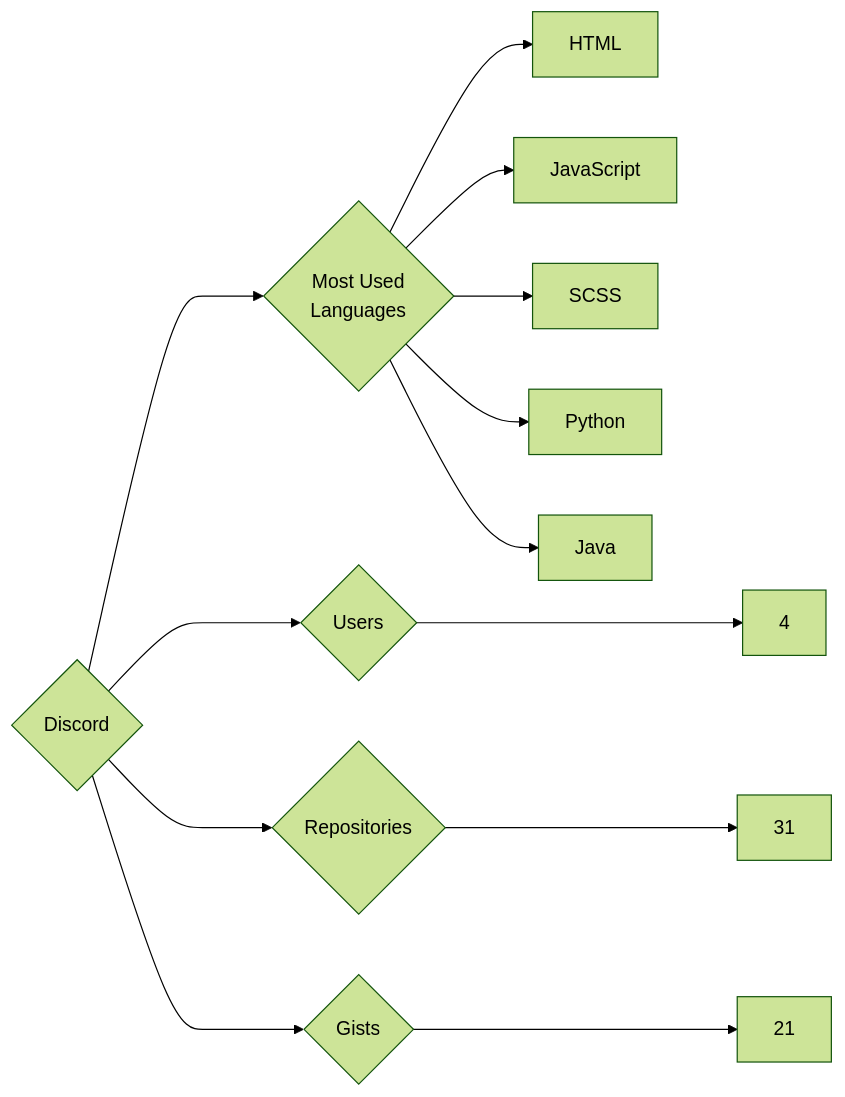
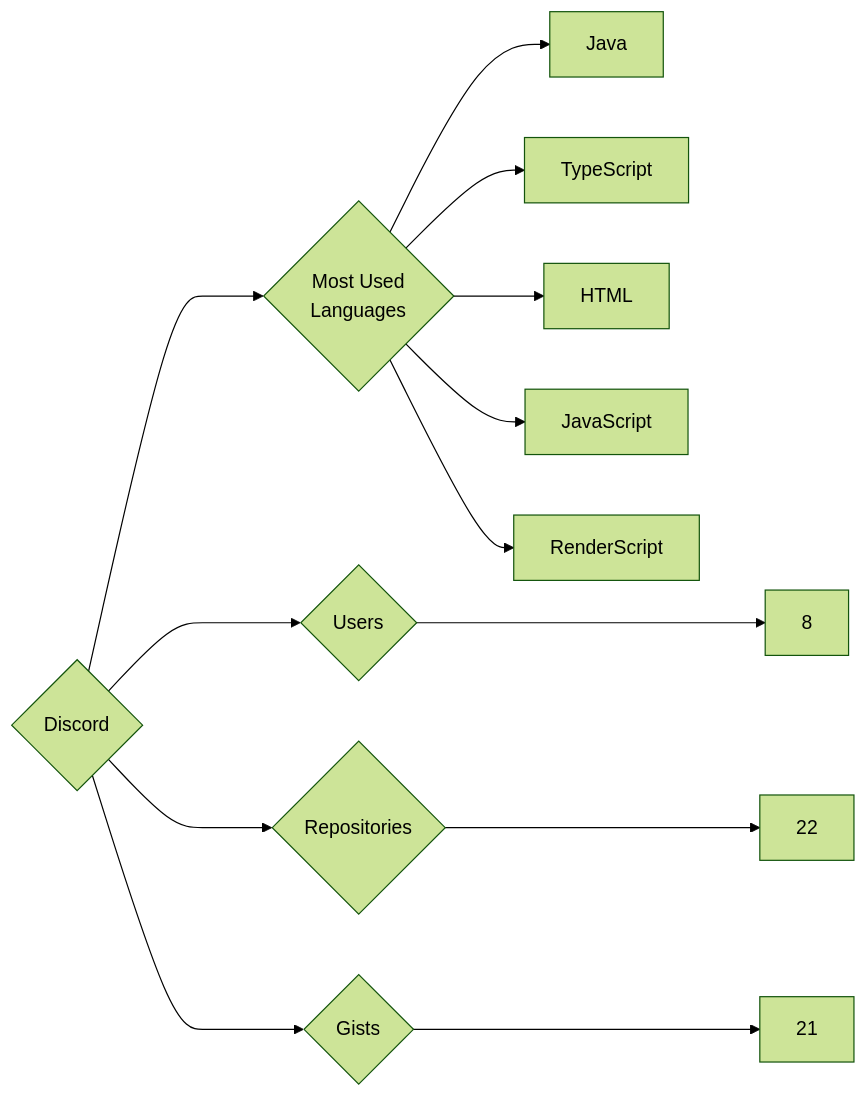
The diagram in targets/Discord/README.md (trickest/insiders), drawn with Mermaid (forest theme) before and after one commit. The commit also changed 1123 other files, not shown here.

````diff
--- a/targets/Discord/README.md
+++ b/targets/Discord/README.md
@@ -3,13 +3,13 @@
 ```mermaid
 graph LR
 COMPANY_NAME{Discord}
-COMPANY_NAME ---> U{Users} ---> UN[4]
-COMPANY_NAME ---> R{Repositories} ---> RN[31]
+COMPANY_NAME ---> U{Users} ---> UN[8]
+COMPANY_NAME ---> R{Repositories} ---> RN[22]
 COMPANY_NAME ---> G{Gists} ---> GN[21]
 COMPANY_NAME ---> ML{Most Used<br>Languages}
+ML --> Java[Java]
+ML --> TypeScript[TypeScript]
 ML --> HTML[HTML]
 ML --> JavaScript[JavaScript]
-ML --> SCSS[SCSS]
-ML --> Python[Python]
-ML --> Java[Java]
+ML --> RenderScript[RenderScript]
 ```
````
